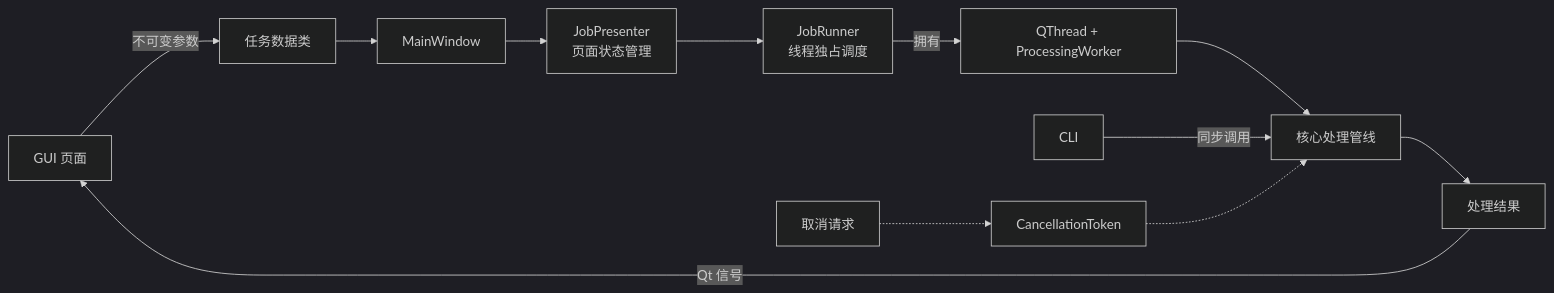
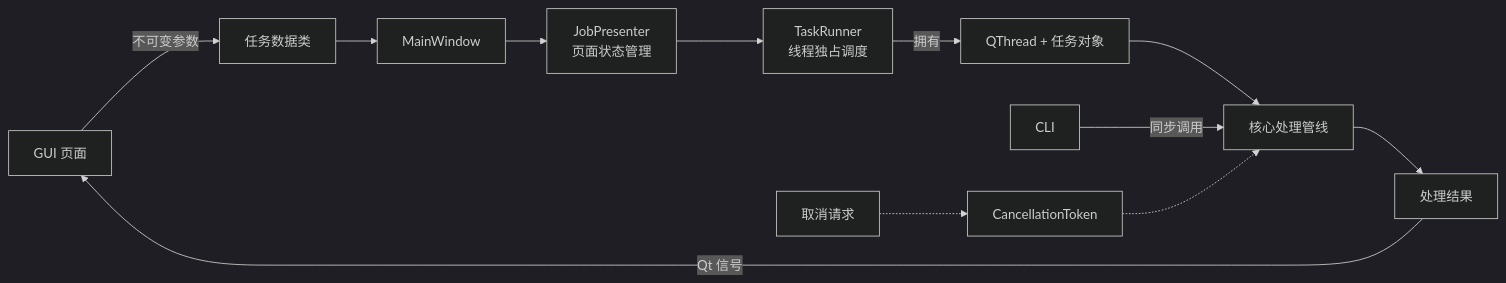
The second of 3 diagrams in docs/architecture.md (ChouChiu/Purivox), drawn with Mermaid (dark theme) before and after one commit. The commit also changed other lines of this file and 41 other files, not shown here.

````diff
--- a/docs/architecture.md
+++ b/docs/architecture.md
@@ -54,14 +54,14 @@
 ```mermaid
 flowchart LR
     page["GUI 页面"] -->|不可变参数| job["任务数据类"]
     job --> window["MainWindow"]
     window --> presenter["JobPresenter<br/>页面状态管理"]
-    presenter --> runner["JobRunner<br/>线程独占调度"]
-    runner -->|拥有| worker["QThread + ProcessingWorker"]
+    presenter --> runner["TaskRunner<br/>线程独占调度"]
+    runner -->|拥有| worker["QThread + 任务对象"]
     worker --> pipeline["核心处理管线"]
     cli["CLI"] -->|同步调用| pipeline
     pipeline --> result["处理结果"]
     result -->|Qt 信号| page
     cancel["取消请求"] -.-> token["CancellationToken"]
     token -.-> pipeline
 ```
````
